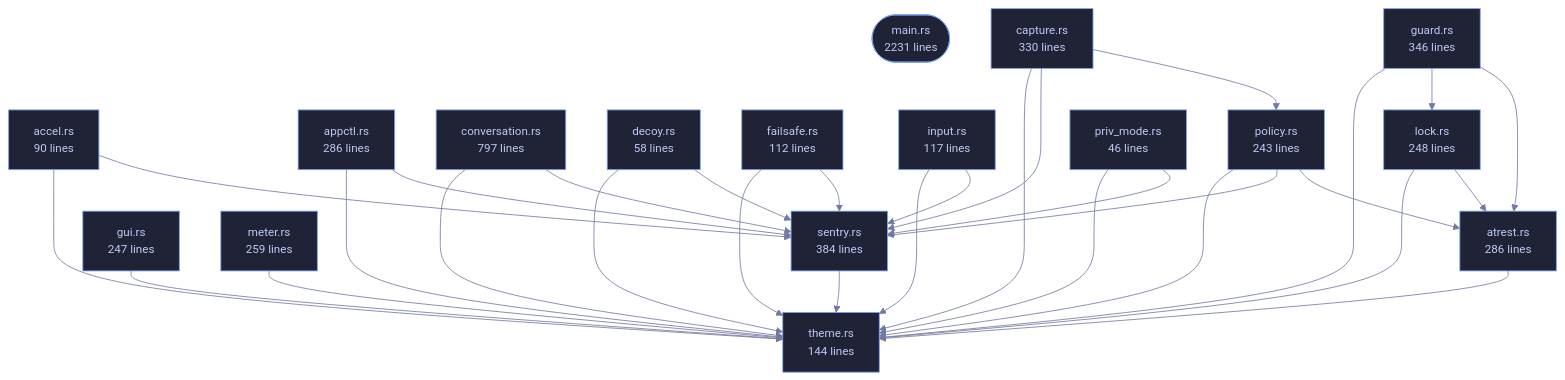
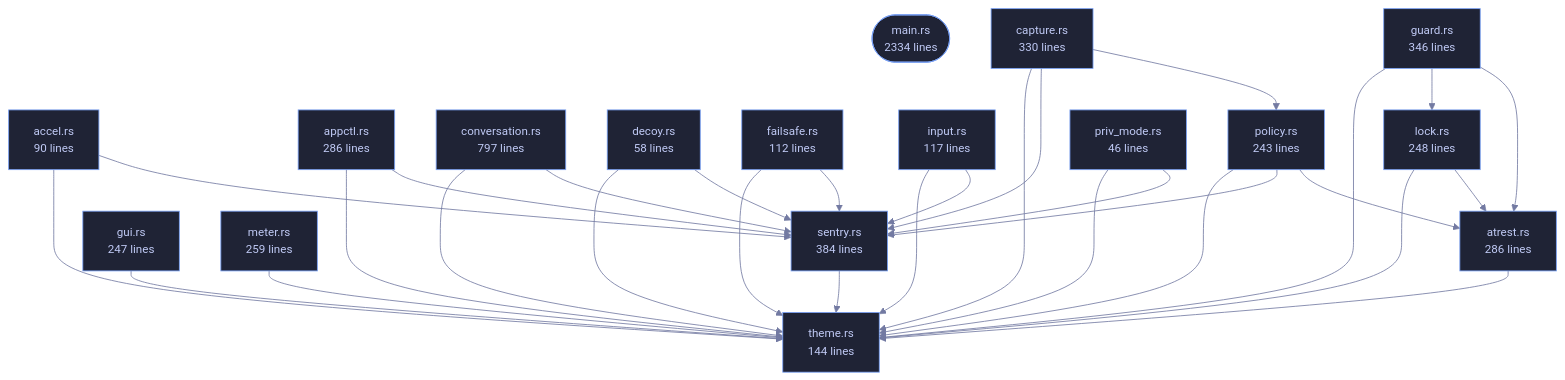
Before and after one commit to tilas01/veilvoice: the diagram in wiki/Crate-veilvoice-cli.md, drawn with Mermaid. The commit also changed other lines of this file and 81 other files, not shown here.

````diff
--- a/wiki/Crate-veilvoice-cli.md
+++ b/wiki/Crate-veilvoice-cli.md
@@ -97,67 +97,67 @@
 ```mermaid
 %%{init: {"theme":"base","themeVariables":{"background":"#1a1b26","primaryColor":"#1f2335","primaryTextColor":"#c0caf5","primaryBorderColor":"#7aa2f7","secondaryColor":"#16161e","tertiaryColor":"#16161e","lineColor":"#737aa2","textColor":"#c0caf5","mainBkg":"#1f2335","nodeBorder":"#7aa2f7","clusterBkg":"#16161e","clusterBorder":"#2f3549","fontFamily":"ui-monospace, SFMono-Regular, Consolas, monospace","fontSize":"14px"}}}%%
 flowchart TD
-    n_main(["main.rs<br/>2231 lines"])
+    n_main(["main.rs<br/>2334 lines"])
     n_accel["accel.rs<br/>90 lines"]
     n_appctl["appctl.rs<br/>286 lines"]
     n_atrest["atrest.rs<br/>286 lines"]
     n_capture["capture.rs<br/>330 lines"]
     n_conversation["conversation.rs<br/>797 lines"]
     n_decoy["decoy.rs<br/>58 lines"]
     n_failsafe["failsafe.rs<br/>112 lines"]
     n_guard["guard.rs<br/>346 lines"]
     n_gui["gui.rs<br/>247 lines"]
     n_input["input.rs<br/>117 lines"]
     n_lock["lock.rs<br/>248 lines"]
     n_meter["meter.rs<br/>259 lines"]
     n_policy["policy.rs<br/>243 lines"]
     n_priv_mode["priv_mode.rs<br/>46 lines"]
     n_sentry["sentry.rs<br/>384 lines"]
     n_theme["theme.rs<br/>144 lines"]
     n_accel --> n_sentry
     n_accel --> n_theme
     n_appctl --> n_sentry
     n_appctl --> n_theme
     n_atrest --> n_theme
     n_capture --> n_policy
     n_capture --> n_sentry
     n_capture --> n_theme
     n_conversation --> n_sentry
     n_conversation --> n_theme
     n_decoy --> n_sentry
     n_decoy --> n_theme
     n_failsafe --> n_sentry
     n_failsafe --> n_theme
     n_guard --> n_atrest
     n_guard --> n_lock
     n_guard --> n_theme
     n_gui --> n_theme
     n_input --> n_sentry
     n_input --> n_theme
     n_lock --> n_atrest
     n_lock --> n_theme
     n_meter --> n_theme
     n_policy --> n_atrest
     n_policy --> n_sentry
     n_policy --> n_theme
     n_priv_mode --> n_sentry
     n_priv_mode --> n_theme
     n_sentry --> n_theme
     click n_main href "https://github.com/tilas01/veilvoice/blob/main/crates/veilvoice-cli/src/main.rs" "open the source"
     click n_accel href "https://github.com/tilas01/veilvoice/blob/main/crates/veilvoice-cli/src/accel.rs" "open the source"
     click n_appctl href "https://github.com/tilas01/veilvoice/blob/main/crates/veilvoice-cli/src/appctl.rs" "open the source"
     click n_atrest href "https://github.com/tilas01/veilvoice/blob/main/crates/veilvoice-cli/src/atrest.rs" "open the source"
     click n_capture href "https://github.com/tilas01/veilvoice/blob/main/crates/veilvoice-cli/src/capture.rs" "open the source"
     click n_conversation href "https://github.com/tilas01/veilvoice/blob/main/crates/veilvoice-cli/src/conversation.rs" "open the source"
     click n_decoy href "https://github.com/tilas01/veilvoice/blob/main/crates/veilvoice-cli/src/decoy.rs" "open the source"
     click n_failsafe href "https://github.com/tilas01/veilvoice/blob/main/crates/veilvoice-cli/src/failsafe.rs" "open the source"
     click n_guard href "https://github.com/tilas01/veilvoice/blob/main/crates/veilvoice-cli/src/guard.rs" "open the source"
     click n_gui href "https://github.com/tilas01/veilvoice/blob/main/crates/veilvoice-cli/src/gui.rs" "open the source"
     click n_input href "https://github.com/tilas01/veilvoice/blob/main/crates/veilvoice-cli/src/input.rs" "open the source"
     click n_lock href "https://github.com/tilas01/veilvoice/blob/main/crates/veilvoice-cli/src/lock.rs" "open the source"
     click n_meter href "https://github.com/tilas01/veilvoice/blob/main/crates/veilvoice-cli/src/meter.rs" "open the source"
     click n_policy href "https://github.com/tilas01/veilvoice/blob/main/crates/veilvoice-cli/src/policy.rs" "open the source"
     click n_priv_mode href "https://github.com/tilas01/veilvoice/blob/main/crates/veilvoice-cli/src/priv_mode.rs" "open the source"
     click n_sentry href "https://github.com/tilas01/veilvoice/blob/main/crates/veilvoice-cli/src/sentry.rs" "open the source"
     click n_theme href "https://github.com/tilas01/veilvoice/blob/main/crates/veilvoice-cli/src/theme.rs" "open the source"
 ```
````
